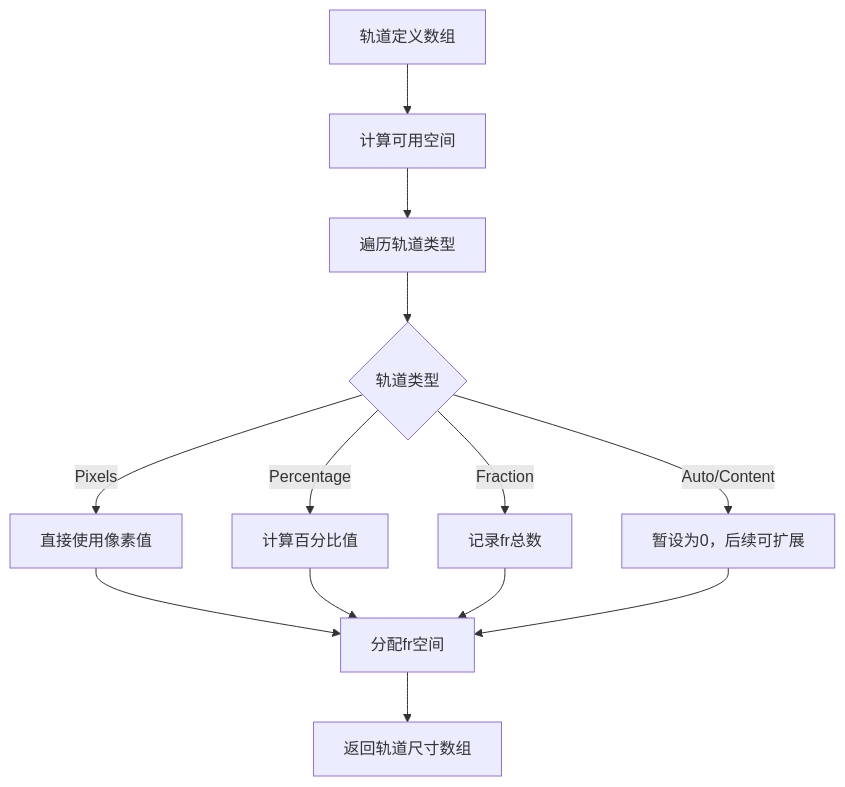
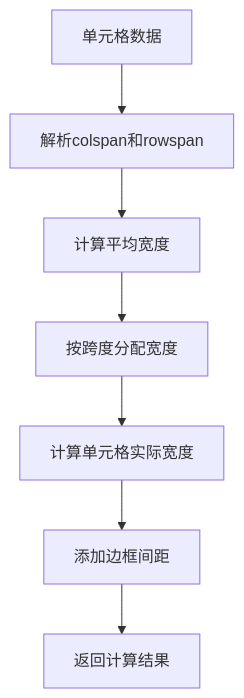
One commit to itszzl-sudo/iris changed diagram 17 of 18 in .qoder/repowiki/zh/content/技术架构详解/布局样式系统/iris-layout布局引擎.md. Above: the diagram before and after it, drawn with Mermaid. The commit also changed other lines of this file and 10 other files, not shown here.

````diff
--- a/.qoder/repowiki/zh/content/技术架构详解/布局样式系统/iris-layout布局引擎.md
+++ b/.qoder/repowiki/zh/content/技术架构详解/布局样式系统/iris-layout布局引擎.md
@@ -587,15 +642,9 @@
 ```mermaid
 flowchart TD
-A[轨道定义数组] --> B[计算可用空间]
-B --> C[遍历轨道类型]
-C --> D{轨道类型}
-D --> |Pixels| E[直接使用像素值]
-D --> |Percentage| F[计算百分比值]
-D --> |Fraction| G[记录fr总数]
-D --> |Auto/Content| H[暂设为0，后续可扩展]
-E --> I[分配fr空间]
-F --> I
-G --> I
-H --> I
-I --> J[返回轨道尺寸数组]
+A[单元格数据] --> B[解析colspan和rowspan]
+B --> C[计算平均宽度]
+C --> D[按跨度分配宽度]
+D --> E[计算单元格实际宽度]
+E --> F[添加边框间距]
+F --> G[返回计算结果]
 ```
````
